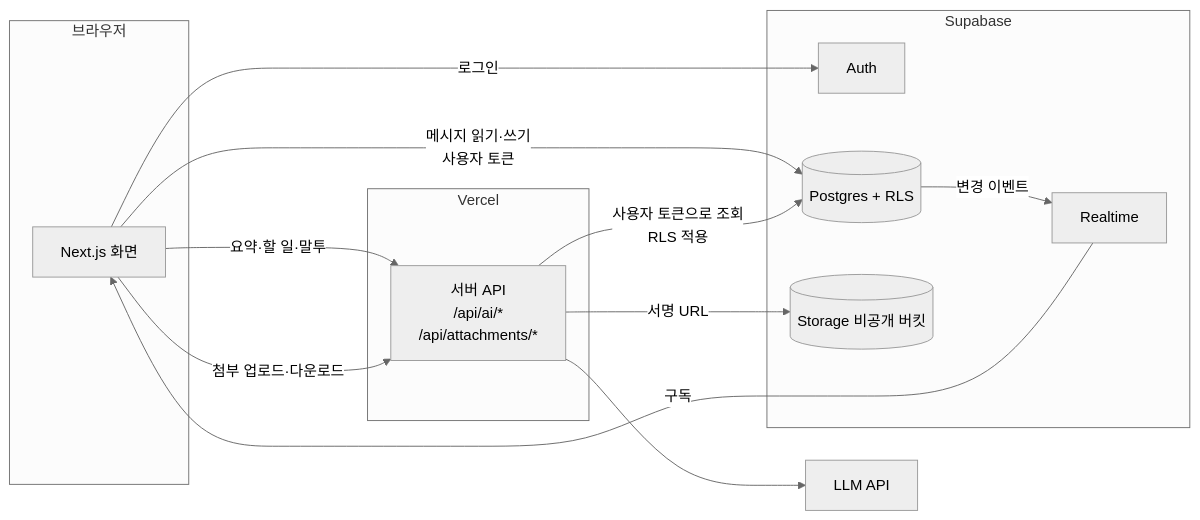
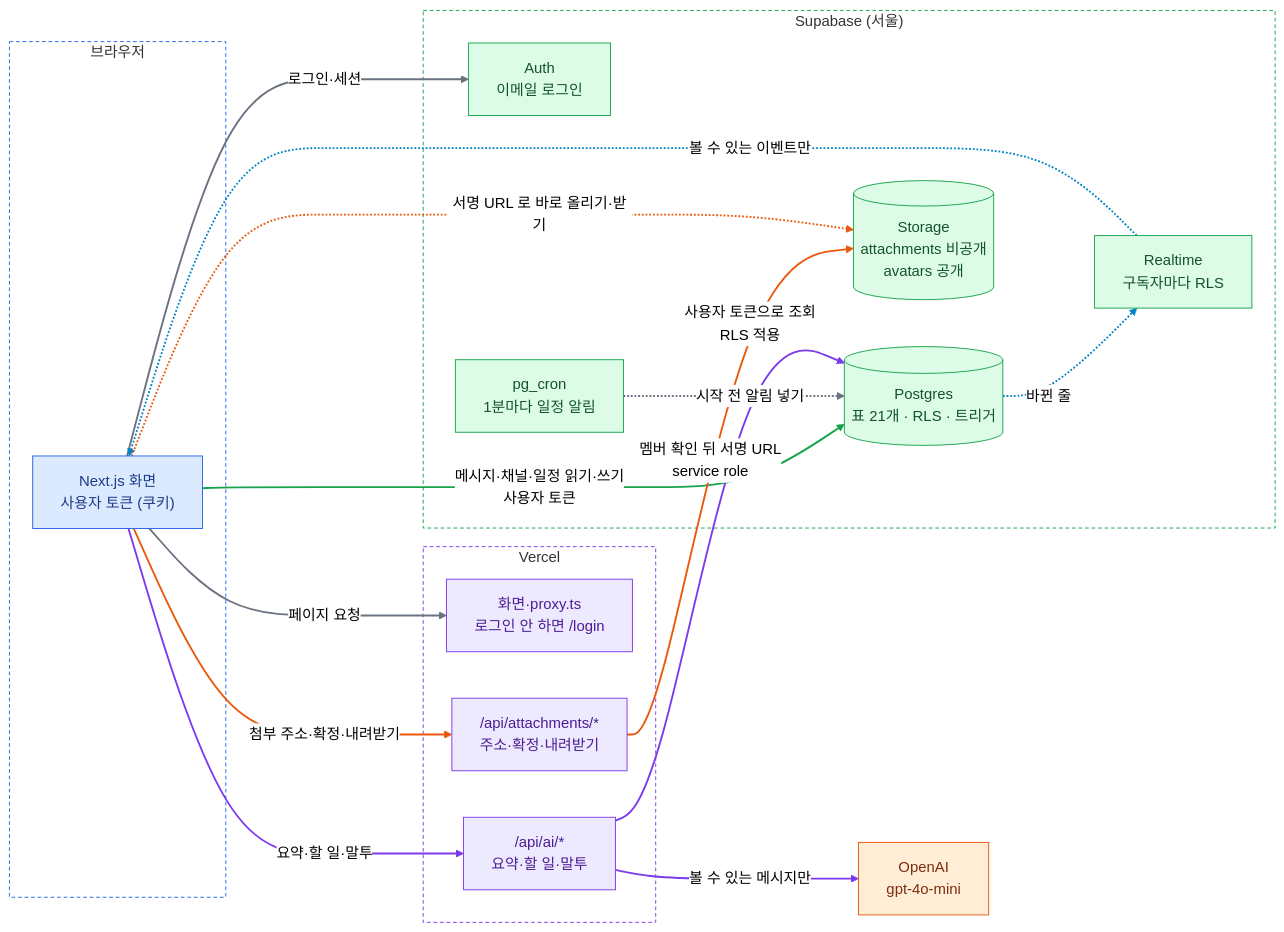
Before and after one commit to rome777/office-chat: the first of 8 diagrams in DevelopDoc/TECH_SPEC.md, drawn with Mermaid (neutral theme). The commit also changed other lines of this file and 4 other files, not shown here.

````diff
--- a/DevelopDoc/TECH_SPEC.md
+++ b/DevelopDoc/TECH_SPEC.md
@@ -42,25 +65,50 @@
 ```mermaid
 flowchart LR
-  subgraph Browser[브라우저]
-    UI[Next.js 화면]
+  subgraph B["브라우저"]
+    UI["Next.js 화면<br/>사용자 토큰 (쿠키)"]
   end
-  subgraph Vercel
-    API[서버 API<br/>/api/ai/*<br/>/api/attachments/*]
+  subgraph V["Vercel"]
+    PAGE["화면·proxy.ts<br/>로그인 안 하면 /login"]
+    AIAPI["/api/ai/*<br/>요약·할 일·말투"]
+    FILEAPI["/api/attachments/*<br/>주소·확정·내려받기"]
   end
-  subgraph Supabase
-    AUTH[Auth]
-    DB[(Postgres + RLS)]
-    RT[Realtime]
-    ST[(Storage 비공개 버킷)]
+  subgraph S["Supabase (서울)"]
+    AUTH["Auth<br/>이메일 로그인"]
+    DB[("Postgres<br/>표 21개 · RLS · 트리거")]
+    CRON["pg_cron<br/>1분마다 일정 알림"]
+    RT["Realtime<br/>구독자마다 RLS"]
+    ST[("Storage<br/>attachments 비공개<br/>avatars 공개")]
   end
-  LLM[LLM API]
+  LLM["OpenAI<br/>gpt-4o-mini"]
 
-  UI -- 로그인 --> AUTH
-  UI -- 메시지 읽기·쓰기<br/>사용자 토큰 --> DB
-  DB -- 변경 이벤트 --> RT -- 구독 --> UI
-  UI -- 요약·할 일·말투 --> API
-  API -- 사용자 토큰으로 조회<br/>RLS 적용 --> DB
-  API --> LLM
-  UI -- 첨부 업로드·다운로드 --> API
-  API -- 서명 URL --> ST
+  UI -- 페이지 요청 --> PAGE
+  UI -- 로그인·세션 --> AUTH
+  UI -- 메시지·채널·일정 읽기·쓰기<br/>사용자 토큰 --> DB
+  DB -. 바뀐 줄 .-> RT
+  RT -. 볼 수 있는 이벤트만 .-> UI
+  CRON -. 시작 전 알림 넣기 .-> DB
+  UI -- 요약·할 일·말투 --> AIAPI
+  AIAPI -- 사용자 토큰으로 조회<br/>RLS 적용 --> DB
+  AIAPI -- 볼 수 있는 메시지만 --> LLM
+  UI -- 첨부 주소·확정·내려받기 --> FILEAPI
+  FILEAPI -- 멤버 확인 뒤 서명 URL<br/>service role --> ST
+  UI -. 서명 URL 로 바로 올리기·받기 .-> ST
+
+  classDef browser fill:#DBEAFE,stroke:#2563EB,color:#1E3A8A
+  classDef vercel fill:#EDE9FE,stroke:#7C3AED,color:#4C1D95
+  classDef supa fill:#DCFCE7,stroke:#16A34A,color:#14532D
+  classDef outside fill:#FFEDD5,stroke:#EA580C,color:#7C2D12
+  class UI browser
+  class PAGE,AIAPI,FILEAPI vercel
+  class AUTH,DB,CRON,RT,ST supa
+  class LLM outside
+  style B fill:none,stroke:#2563EB,stroke-dasharray:4 3
+  style V fill:none,stroke:#7C3AED,stroke-dasharray:4 3
+  style S fill:none,stroke:#16A34A,stroke-dasharray:4 3
+  linkStyle 0,1 stroke:#6B7280,stroke-width:2px
+  linkStyle 2 stroke:#16A34A,stroke-width:2px
+  linkStyle 3,4 stroke:#0284C7,stroke-width:2px
+  linkStyle 5 stroke:#6B7280,stroke-width:2px
+  linkStyle 6,7,8 stroke:#7C3AED,stroke-width:2px
+  linkStyle 9,10,11 stroke:#EA580C,stroke-width:2px
 ```
````
